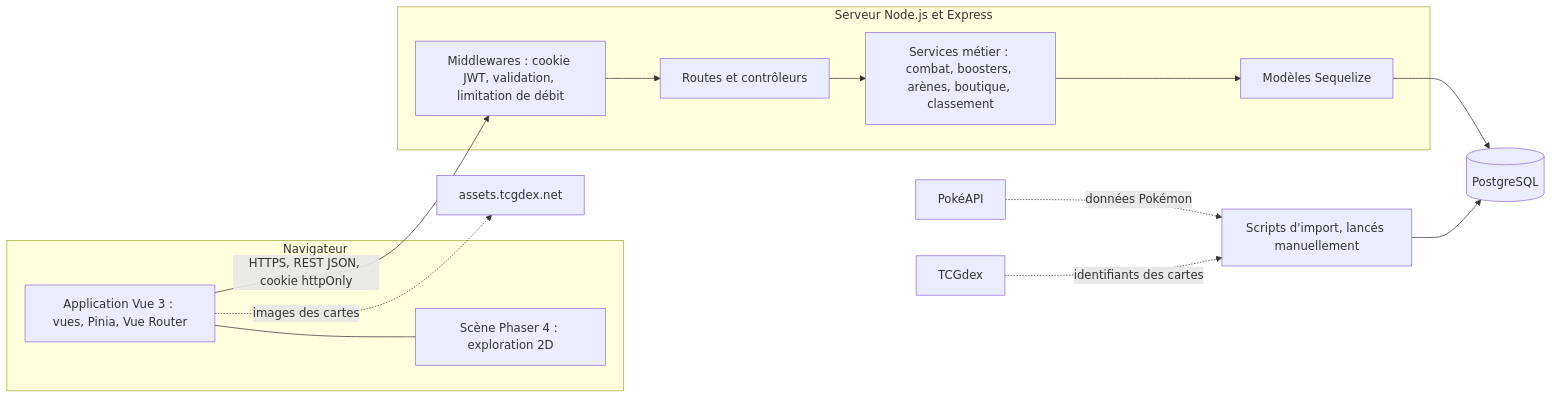
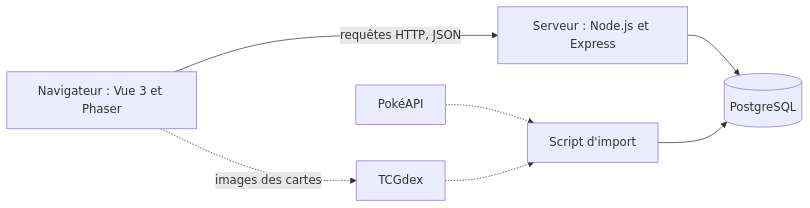
The first of 3 diagrams in specification-technique.md (clementbas/Pok-Arena), drawn with Mermaid before and after one commit. The commit also changed other lines of this file, not shown here.

````diff
--- a/specification-technique.md
+++ b/specification-technique.md
@@ -299,22 +136,9 @@
 ```mermaid
 flowchart LR
-    subgraph NAV["Navigateur"]
-        UI["Application Vue 3 : vues, Pinia, Vue Router"]
-        PH["Scène Phaser 4 : exploration 2D"]
-        UI --- PH
-    end
-    subgraph SRV["Serveur Node.js et Express"]
-        MW["Middlewares : cookie JWT, validation, limitation de débit"]
-        RT["Routes et contrôleurs"]
-        SV["Services métier : combat, boosters, arènes, boutique, classement"]
-        MD["Modèles Sequelize"]
-        MW --> RT --> SV --> MD
-    end
-    DB[("PostgreSQL")]
-    UI -- "HTTPS, REST JSON, cookie httpOnly" --> MW
-    MD --> DB
-    SEED["Scripts d'import, lancés manuellement"] --> DB
-    POKEAPI["PokéAPI"] -. "données Pokémon" .-> SEED
-    TCGDEX["TCGdex"] -. "identifiants des cartes" .-> SEED
-    UI -. "images des cartes" .-> CDN["assets.tcgdex.net"]
+    A["Navigateur : Vue 3 et Phaser"] -- "requêtes HTTP, JSON" --> B["Serveur : Node.js et Express"]
+    B --> C[("PostgreSQL")]
+    D["Script d'import"] --> C
+    E["PokéAPI"] -.-> D
+    F["TCGdex"] -.-> D
+    A -. "images des cartes" .-> F
 ```
````
